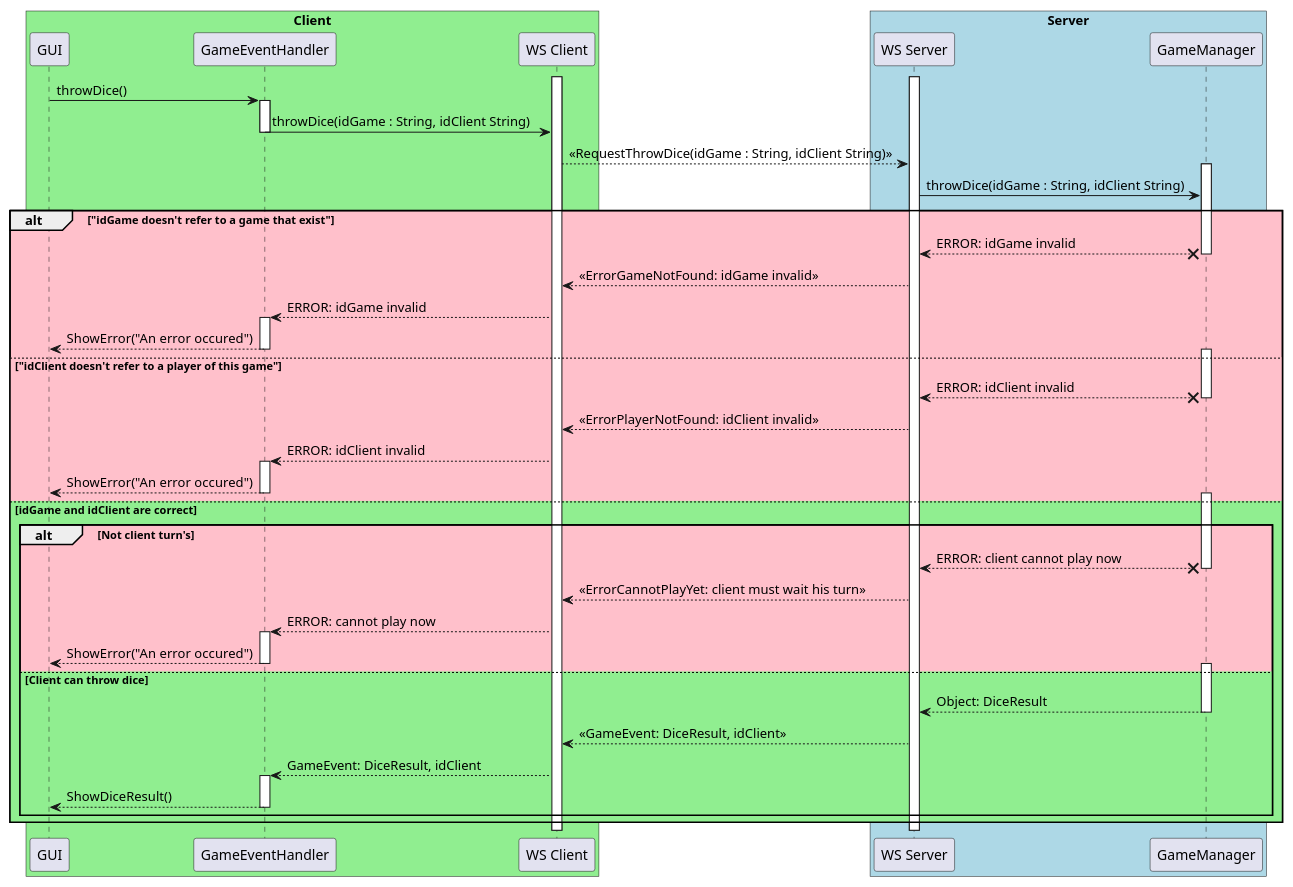
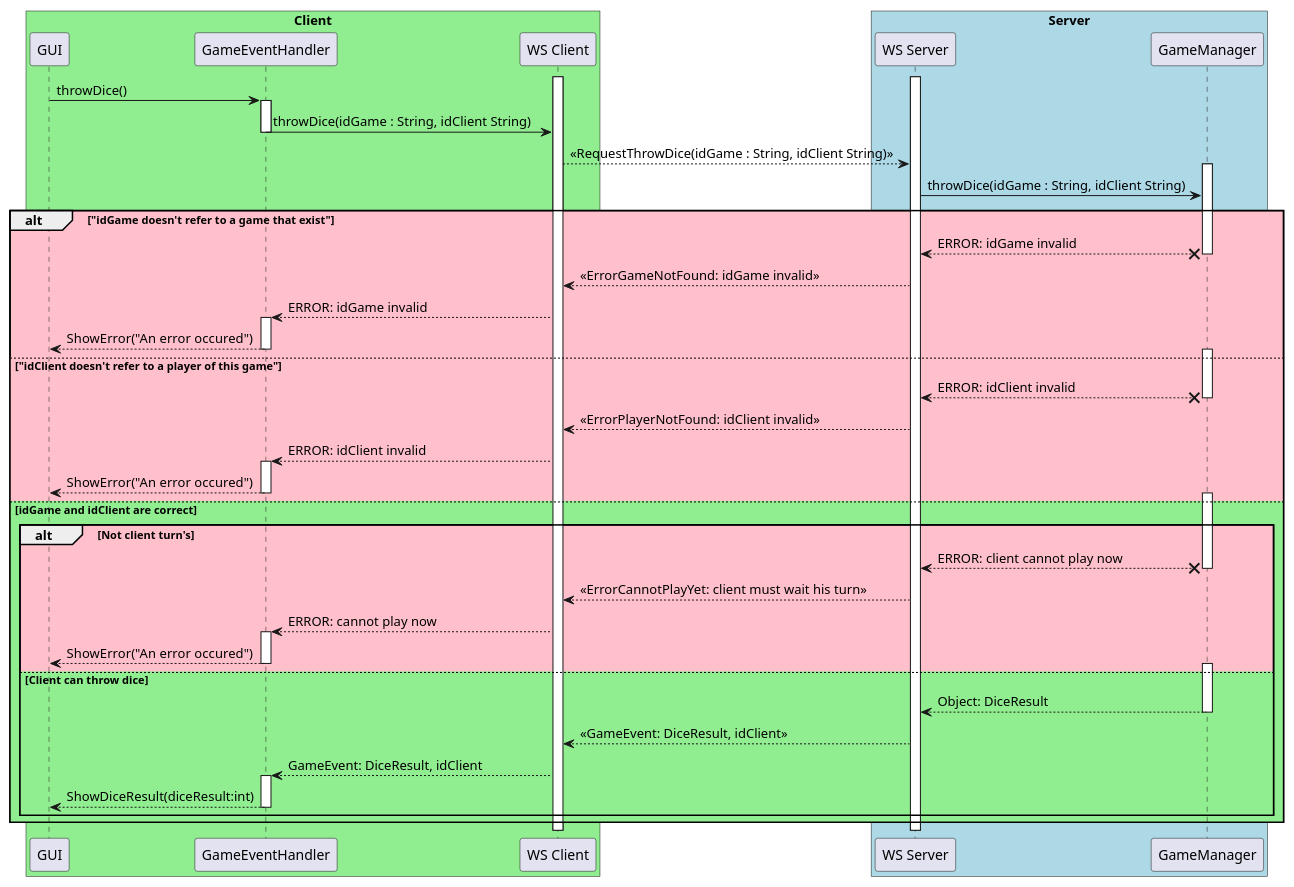
One commit to Lapin-Obez/colon_de_catane changed the diagram in catan-doc/modules/composants/examples/throwDiceSequenceDiag.plantuml. Above: the diagram before and after it, drawn with PlantUML.

Commit message:
correction d'une erreur dans le diagramme throwDice

```diff
--- a/catan-doc/modules/composants/examples/throwDiceSequenceDiag.plantuml
+++ b/catan-doc/modules/composants/examples/throwDiceSequenceDiag.plantuml
@@ -1,89 +1,89 @@
 @startuml
 
 
 box "Client" #LightGreen
   participant "GUI" as GUI
   participant "GameEventHandler" as GameEventHandler
   participant "WS Client" as WSClient
 end box
 
 box "Server" #LightBlue
   participant "WS Server" as WSServer
   participant "GameManager" as GameManager
 end box
 
 activate WSClient
 activate WSServer
 
 GUI -> GameEventHandler : throwDice()
 activate GameEventHandler
 
 GameEventHandler -> WSClient : throwDice(idGame : String, idClient String)
 deactivate GameEventHandler
 
 WSClient --> WSServer : <<RequestThrowDice(idGame : String, idClient String)>>
 
 activate GameManager
 WSServer -> GameManager : throwDice(idGame : String, idClient String)
 
 alt #Pink "idGame doesn't refer to a game that exist"
   GameManager x--> WSServer : ERROR: idGame invalid
   deactivate GameManager
   
   WSServer --> WSClient : <<ErrorGameNotFound: idGame invalid>>
 
   WSClient --> GameEventHandler : ERROR: idGame invalid
   activate GameEventHandler
 
   GameEventHandler --> GUI : ShowError("An error occured")
   deactivate GameEventHandler
 
 else #Pink "idClient doesn't refer to a player of this game"
   activate GameManager
 
   GameManager x--> WSServer : ERROR: idClient invalid
   deactivate GameManager
   
   WSServer --> WSClient : <<ErrorPlayerNotFound: idClient invalid>>
 
   WSClient --> GameEventHandler : ERROR: idClient invalid
   activate GameEventHandler
 
   GameEventHandler --> GUI : ShowError("An error occured")
   deactivate GameEventHandler
 
 else #LightGreen idGame and idClient are correct
   
   alt #Pink Not client turn's
 
     activate GameManager
 
     GameManager x--> WSServer : ERROR: client cannot play now
     deactivate GameManager
     
     WSServer --> WSClient : <<ErrorCannotPlayYet: client must wait his turn>>
   
     WSClient --> GameEventHandler : ERROR: cannot play now
     activate GameEventHandler
   
     GameEventHandler --> GUI : ShowError("An error occured")
     deactivate GameEventHandler
     
   else #LightGreen Client can throw dice
     
     activate GameManager
 
     GameManager --> WSServer : Object: DiceResult
     deactivate GameManager
     
     WSServer --> WSClient : <<GameEvent: DiceResult, idClient>>
   
     WSClient --> GameEventHandler : GameEvent: DiceResult, idClient
     activate GameEventHandler
   
-    GameEventHandler --> GUI : ShowDiceResult()
+    GameEventHandler --> GUI : ShowDiceResult(diceResult:int)
     deactivate GameEventHandler
     
   end
 end
 @enduml
```
